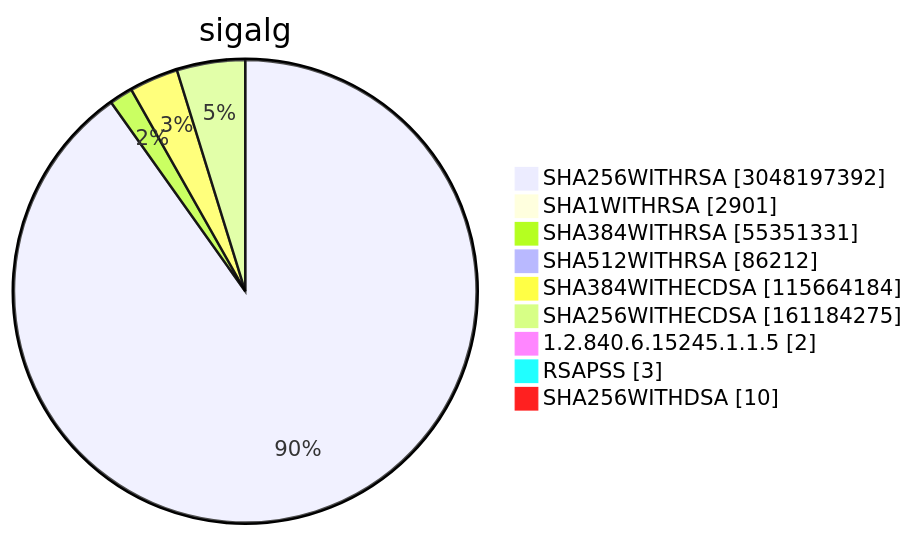
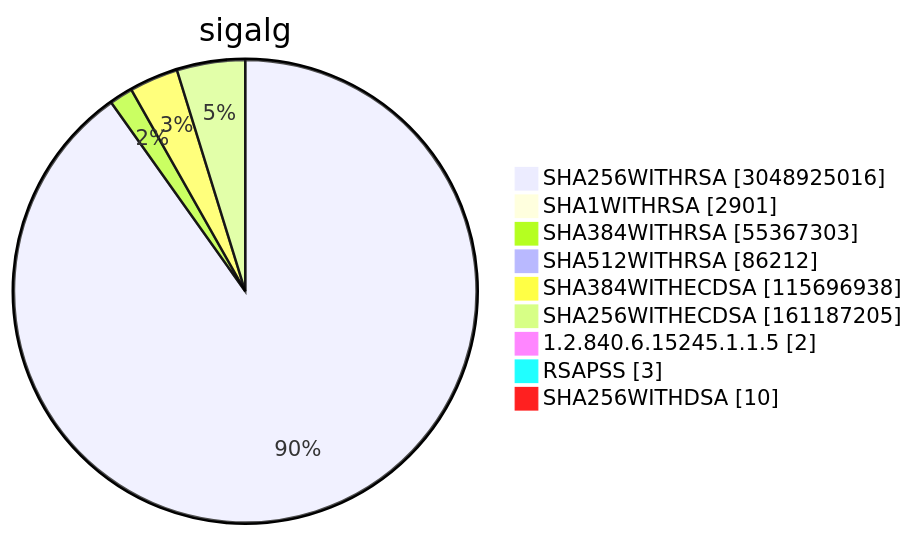
Before and after one commit to christiankrug/ctmonitor_visualization: diagram 15 of 15 in TOTAL/README.md, drawn with Mermaid. The commit also changed other lines of this file, not shown here.

````diff
--- a/TOTAL/README.md
+++ b/TOTAL/README.md
@@ -6208,13 +6208,13 @@
 ```mermaid
 pie showData
 title sigalg
-"SHA256WITHRSA" :3048197392
+"SHA256WITHRSA" :3048925016
 "SHA1WITHRSA" :2901
-"SHA384WITHRSA" :55351331
+"SHA384WITHRSA" :55367303
 "SHA512WITHRSA" :86212
-"SHA384WITHECDSA" :115664184
-"SHA256WITHECDSA" :161184275
+"SHA384WITHECDSA" :115696938
+"SHA256WITHECDSA" :161187205
 "1.2.840.6.15245.1.1.5" :2
 "RSAPSS" :3
 "SHA256WITHDSA" :10
 ```
````
